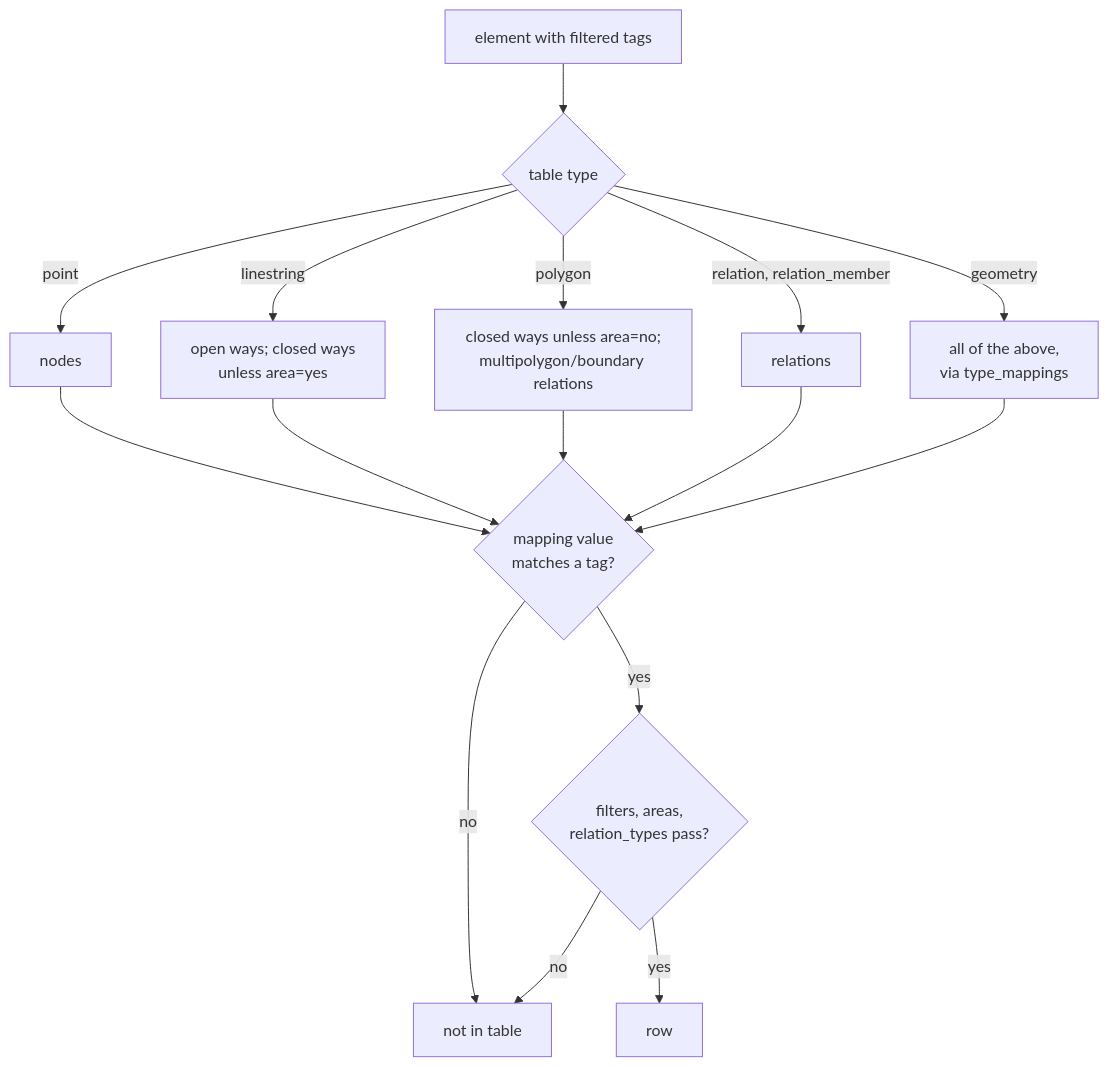
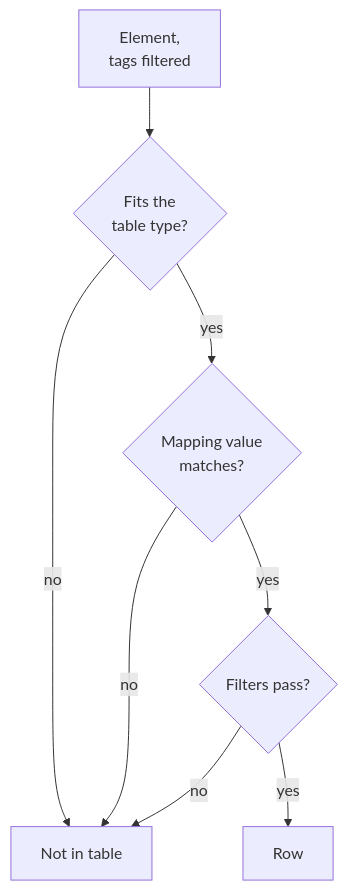
One commit to johngian/osm-spark-import changed the diagram in docs/mapping.md. Above: the diagram before and after it, drawn with Mermaid. The commit also changed other lines of this file and 2 other files, not shown here.

Commit message:
Make diagrams fit small screens

````diff
--- a/docs/mapping.md
+++ b/docs/mapping.md
@@ -35,14 +35,10 @@
 ```mermaid
 flowchart TB
-    e[element with filtered tags] --> k{table type}
-    k -->|point| n[nodes]
-    k -->|linestring| w1[open ways; closed ways<br/>unless area=yes]
-    k -->|polygon| w2[closed ways unless area=no;<br/>multipolygon/boundary relations]
-    k -->|relation, relation_member| r[relations]
-    k -->|geometry| all[all of the above,<br/>via type_mappings]
-    n & w1 & w2 & r & all --> m{mapping value<br/>matches a tag?}
-    m -->|no| skip[not in table]
-    m -->|yes| f{filters, areas,<br/>relation_types pass?}
-    f -->|no| skip
-    f -->|yes| row[row]
+    e[Element,<br/>tags filtered] --> t{Fits the<br/>table type?}
+    t -->|no| x[Not in table]
+    t -->|yes| m{Mapping value<br/>matches?}
+    m -->|no| x
+    m -->|yes| f{Filters pass?}
+    f -->|no| x
+    f -->|yes| r[Row]
 ```
````
